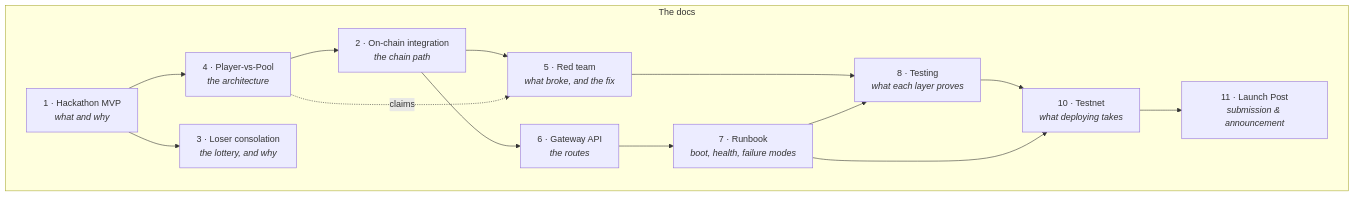
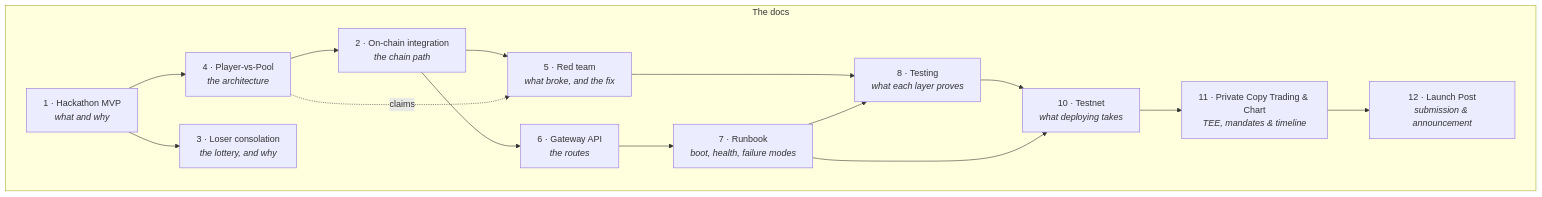
Before and after one commit to OptionalityHQ/optionality-adapter: the diagram in docs/README.md, drawn with Mermaid. The commit also changed other lines of this file and 15 other files, not shown here.

````diff
--- a/docs/README.md
+++ b/docs/README.md
@@ -9,27 +9,29 @@
 ```mermaid
 flowchart TB
   subgraph docs["The docs"]
     D1["1 · Hackathon MVP<br/><i>what and why</i>"]
     D2["2 · On-chain integration<br/><i>the chain path</i>"]
     D3["3 · Loser consolation<br/><i>the lottery, and why</i>"]
     D4["4 · Player-vs-Pool<br/><i>the architecture</i>"]
     D5["5 · Red team<br/><i>what broke, and the fix</i>"]
     D6["6 · Gateway API<br/><i>the routes</i>"]
     D7["7 · Runbook<br/><i>boot, health, failure modes</i>"]
     D8["8 · Testing<br/><i>what each layer proves</i>"]
     D10["10 · Testnet<br/><i>what deploying takes</i>"]
-    D11["11 · Launch Post<br/><i>submission & announcement</i>"]
+    D11["11 · Private Copy Trading & Chart<br/><i>TEE, mandates & timeline</i>"]
+    D12["12 · Launch Post<br/><i>submission & announcement</i>"]
   end
   D1 --> D4
   D1 --> D3
   D4 --> D2
   D2 --> D5
   D2 --> D6
   D6 --> D7
   D4 -.->|"claims"| D5
   D5 --> D8
   D7 --> D8
   D8 --> D10
   D7 --> D10
   D10 --> D11
+  D11 --> D12
 ```
````
